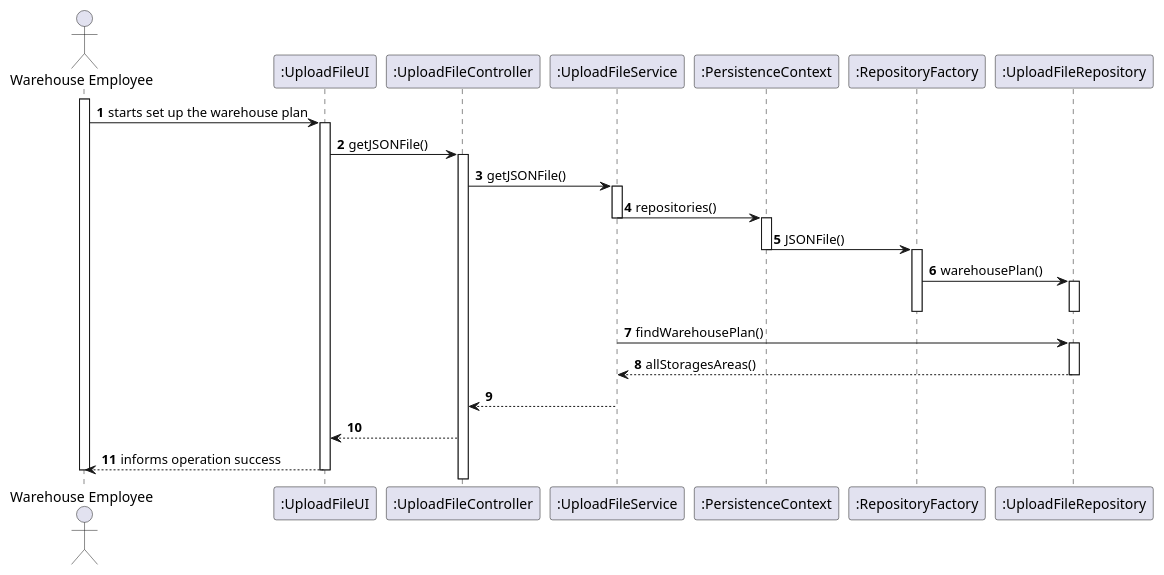
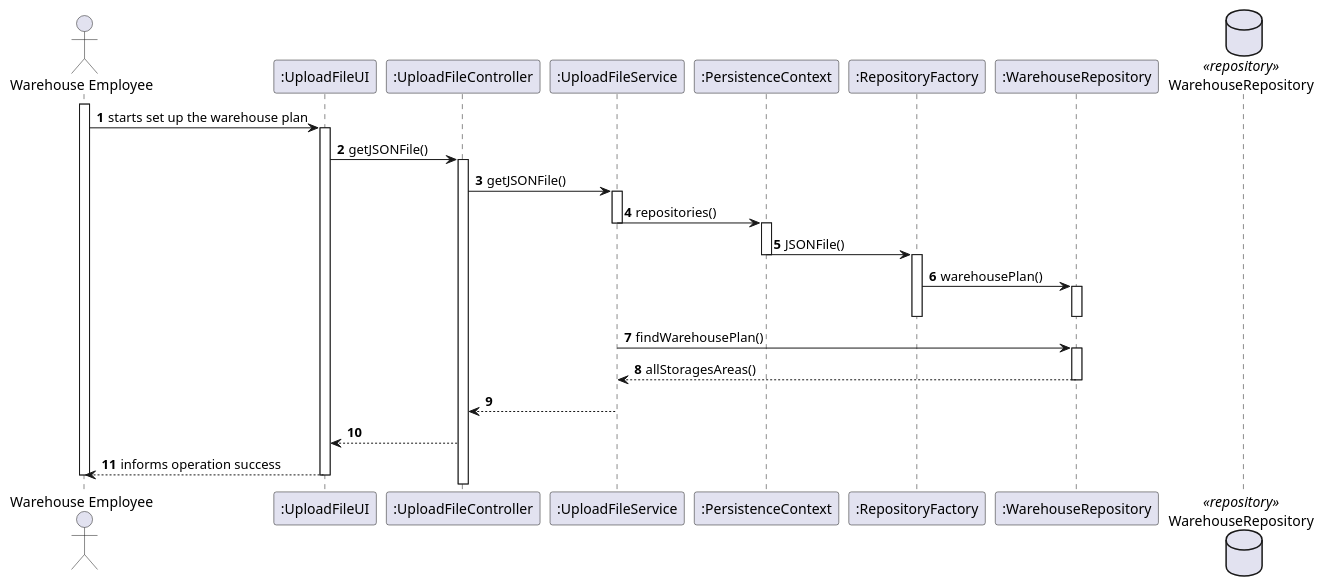
One commit to marttuga/LAPR4-SmartSystems changed the diagram in docs/Sprint2/US2001/US2001_SD.puml. Above: the diagram before and after it, drawn with PlantUML.

Commit message:
<L2L20-32> US2001 Design: SD(update)

```diff
--- a/docs/Sprint2/US2001/US2001_SD.puml
+++ b/docs/Sprint2/US2001/US2001_SD.puml
@@ -1,50 +1,51 @@
 @startuml
 autonumber
 'hide footbox
 actor "Warehouse Employee" as WE
 participant ":UploadFileUI" as UI
 participant ":UploadFileController" as CTRL
 participant ":UploadFileService" as UFS
 participant ":PersistenceContext" as PC
 participant ":RepositoryFactory" as RF
-participant ":UploadFileRepository" as UFR
+participant ":WarehouseRepository" as UFR
+database "WarehouseRepository" as UR <<repository>>
 
 activate WE
 WE -> UI :  starts set up the warehouse plan
 activate UI
 
 UI -> CTRL : getJSONFile()
 activate CTRL
 
 CTRL -> UFS : getJSONFile()
 activate UFS
 
 UFS -> PC : repositories()
 deactivate UFS
 
 activate PC
 PC -> RF : JSONFile()
 deactivate PC
 
 activate RF
 RF -> UFR : warehousePlan()
 activate UFR
 deactivate UFR
 
 deactivate RF
 
 UFS -> UFR : findWarehousePlan()
 activate UFR
 
 UFR --> UFS : allStoragesAreas()
 deactivate UFR
 
 UFS --> CTRL
 
 CTRL --> UI
 
 UI --> WE : informs operation success
 deactivate UI
 deactivate WE
 
 @enduml
```
